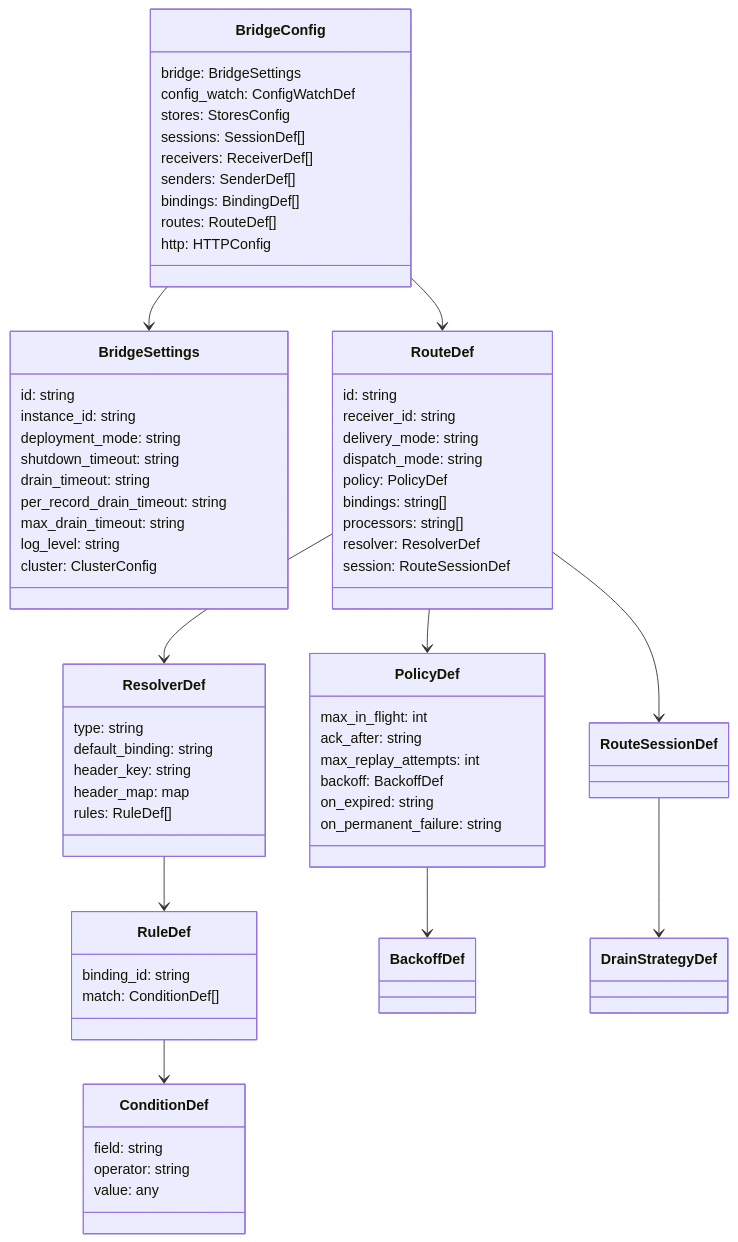
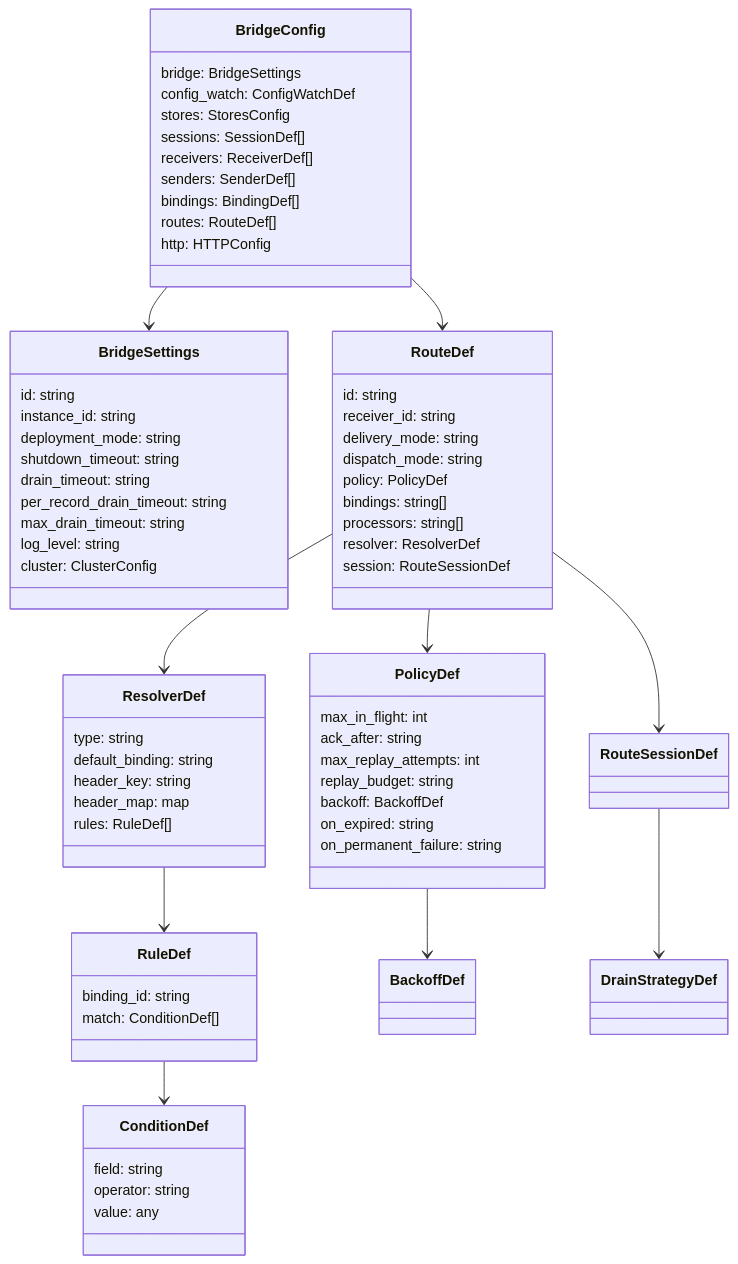
The diagram in docs/configuration-reference.md (mariotoffia/gobridge), drawn with Mermaid before and after one commit. The commit also changed 32 other files, not shown here.

````diff
--- a/docs/configuration-reference.md
+++ b/docs/configuration-reference.md
@@ -11,76 +11,77 @@
 ```mermaid
 classDiagram
     class BridgeConfig {
         bridge: BridgeSettings
         config_watch: ConfigWatchDef
         stores: StoresConfig
         sessions: SessionDef[]
         receivers: ReceiverDef[]
         senders: SenderDef[]
         bindings: BindingDef[]
         routes: RouteDef[]
         http: HTTPConfig
     }
 
     class BridgeSettings {
         id: string
         instance_id: string
         deployment_mode: string
         shutdown_timeout: string
         drain_timeout: string
         per_record_drain_timeout: string
         max_drain_timeout: string
         log_level: string
         cluster: ClusterConfig
     }
 
     class RouteDef {
         id: string
         receiver_id: string
         delivery_mode: string
         dispatch_mode: string
         policy: PolicyDef
         bindings: string[]
         processors: string[]
         resolver: ResolverDef
         session: RouteSessionDef
     }
 
     class ResolverDef {
         type: string
         default_binding: string
         header_key: string
         header_map: map
         rules: RuleDef[]
     }
 
     class RuleDef {
         binding_id: string
         match: ConditionDef[]
     }
 
     class ConditionDef {
         field: string
         operator: string
         value: any
     }
 
     class PolicyDef {
         max_in_flight: int
         ack_after: string
         max_replay_attempts: int
+        replay_budget: string
         backoff: BackoffDef
         on_expired: string
         on_permanent_failure: string
     }
 
     BridgeConfig --> BridgeSettings
     BridgeConfig --> RouteDef
     RouteDef --> PolicyDef
     RouteDef --> ResolverDef
     RouteDef --> RouteSessionDef
     ResolverDef --> RuleDef
     RuleDef --> ConditionDef
     PolicyDef --> BackoffDef
     RouteSessionDef --> DrainStrategyDef
 ```
````
